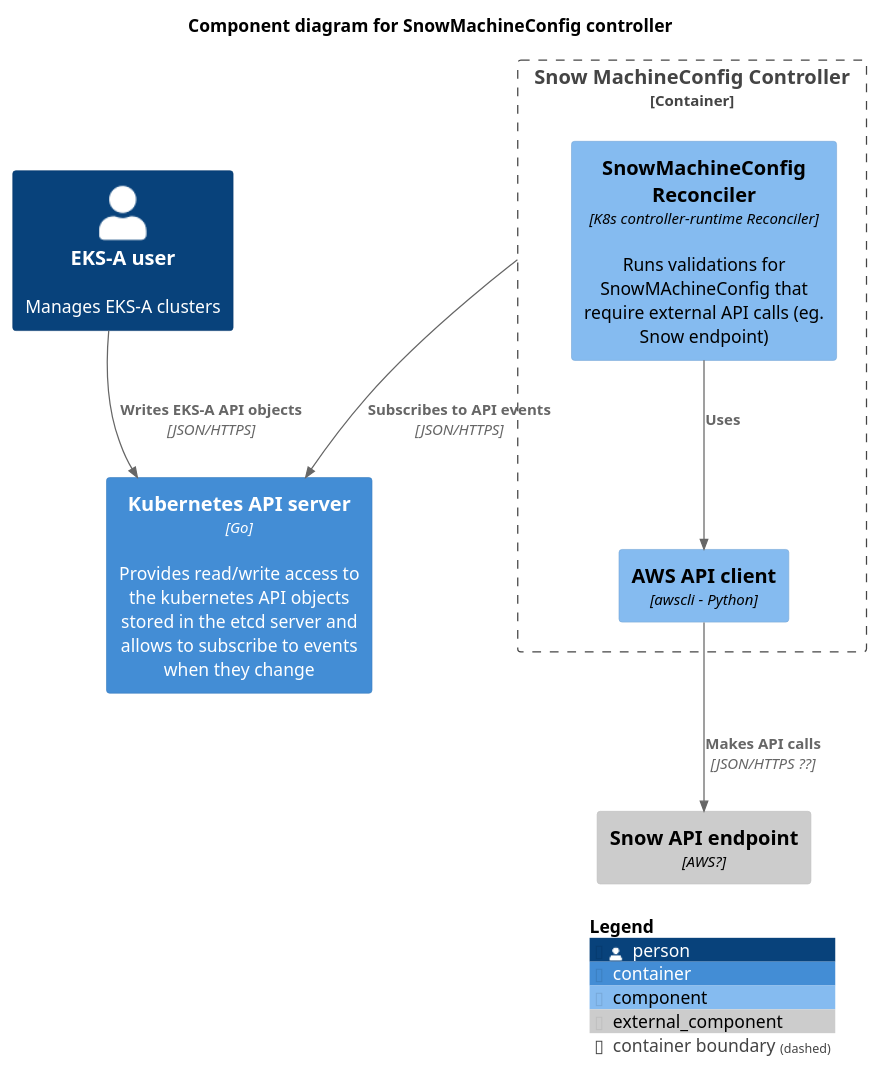
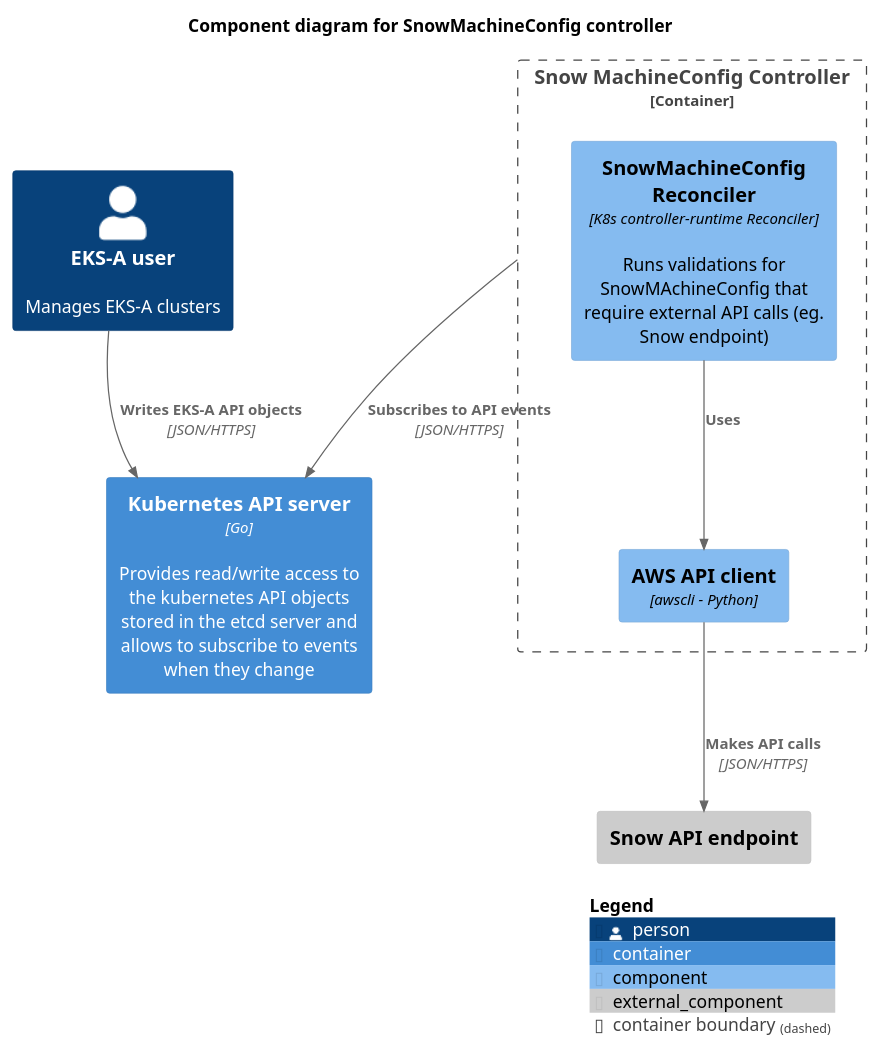
The diagram in designs/images/snowmachineconfig-controller-container-components.puml (aws/eks-anywhere), drawn with PlantUML before and after one commit. The commit also changed 7 other files, not shown here.

```diff
--- a/designs/images/snowmachineconfig-controller-container-components.puml
+++ b/designs/images/snowmachineconfig-controller-container-components.puml
@@ -1,24 +1,24 @@
 @startuml snowmachineconfig-controller-container-components
 !include https://raw.githubusercontent.com/plantuml-stdlib/C4-PlantUML/master/C4_Component.puml
 
 title Component diagram for SnowMachineConfig controller
 
 Person(user, "EKS-A user", "Manages EKS-A clusters")
 Container(kubeApiServer, "Kubernetes API server", "Go", "Provides read/write access to the kubernetes API objects stored in the etcd server and allows to subscribe to events when they change")
 
 Container_Boundary(snowMachineConfigController, "Snow MachineConfig Controller") {
     Component(snowMachineConfigReconciler, "SnowMachineConfig Reconciler", "K8s controller-runtime Reconciler", "Runs validations for SnowMAchineConfig that require external API calls (eg. Snow endpoint)")
     Component(awsCli, "AWS API client", "awscli - Python")
 
     Rel(snowMachineConfigReconciler, awsCli, "Uses")
 }
 
-Component_Ext(snowAPI, "Snow API endpoint", "AWS?")
-Rel(awsCli, snowAPI, "Makes API calls", "JSON/HTTPS ??")
+Component_Ext(snowAPI, "Snow API endpoint")
+Rel(awsCli, snowAPI, "Makes API calls", "JSON/HTTPS")
 
 Rel(user, kubeApiServer, "Writes EKS-A API objects", "JSON/HTTPS")
 
 Rel(snowMachineConfigController, kubeApiServer, "Subscribes to API events", "JSON/HTTPS")
 
 SHOW_LEGEND()
 @enduml
```
